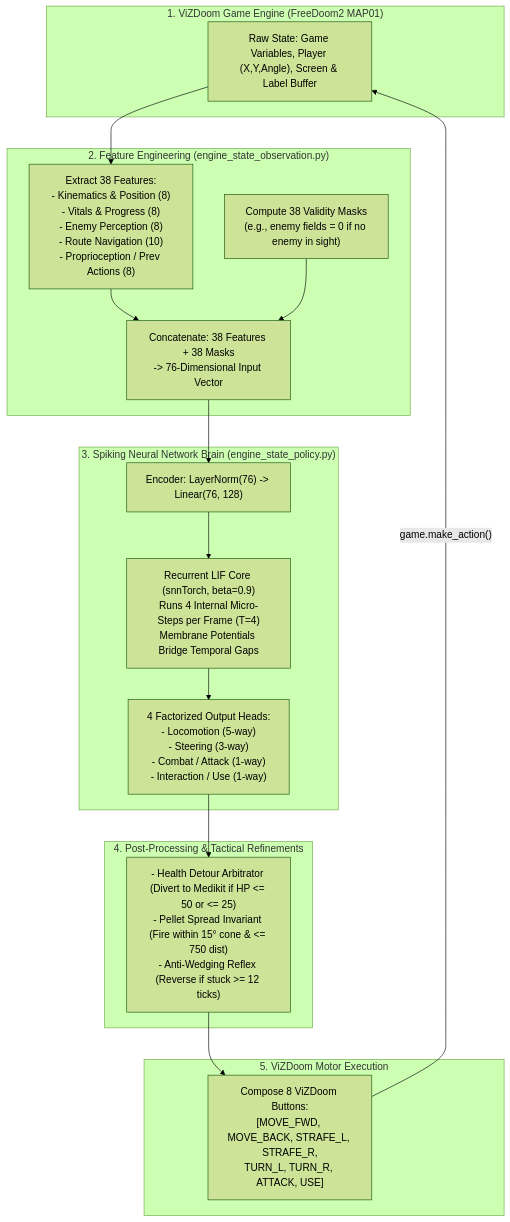
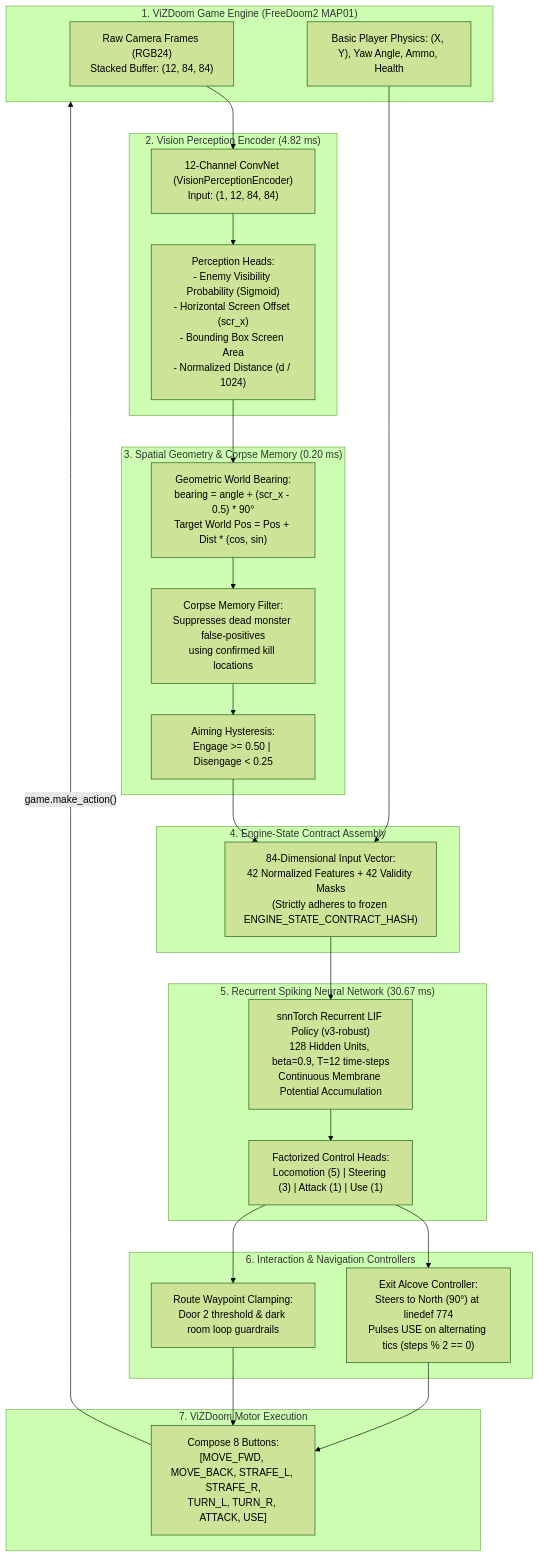
The diagram in README.md (Aravinda-04/DOOM-SNN-Project), drawn with Mermaid (forest theme) before and after one commit. The commit also changed other lines of this file, not shown here.

Commit message:
docs: update README with vision bridge architecture, benchmarks, and FPS analysis

````diff
--- a/README.md
+++ b/README.md
@@ -208,36 +71,51 @@
 ```mermaid
 flowchart TD
     subgraph ViZDoom ["1. ViZDoom Game Engine (FreeDoom2 MAP01)"]
-        RawState["Raw State: Game Variables, Player (X,Y,Angle), Screen & Label Buffer"]
+        RawPixels["Raw Camera Frames (RGB24)\nStacked Buffer: (12, 84, 84)"]
+        Telemetry["Basic Player Physics: (X, Y), Yaw Angle, Ammo, Health"]
     end
 
-    subgraph FeatureEngineering ["2. Feature Engineering (engine_state_observation.py)"]
-        Extract["Extract 38 Features:\n- Kinematics & Position (8)\n- Vitals & Progress (8)\n- Enemy Perception (8)\n- Route Navigation (10)\n- Proprioception / Prev Actions (8)"]
-        Mask["Compute 38 Validity Masks\n(e.g., enemy fields = 0 if no enemy in sight)"]
-        Concat["Concatenate: 38 Features + 38 Masks\n-> 76-Dimensional Input Vector"]
+    subgraph VisionEncoder ["2. Vision Perception Encoder (4.82 ms)"]
+        CNN["12-Channel ConvNet (VisionPerceptionEncoder)\nInput: (1, 12, 84, 84)"]
+        Heads["Perception Heads:\n- Enemy Visibility Probability (Sigmoid)\n- Horizontal Screen Offset (scr_x)\n- Bounding Box Screen Area\n- Normalized Distance (d / 1024)"]
     end
 
-    subgraph SNNBrain ["3. Spiking Neural Network Brain (engine_state_policy.py)"]
-        Enc["Encoder: LayerNorm(76) -> Linear(76, 128)"]
-        LIF["Recurrent LIF Core (snnTorch, beta=0.9)\nRuns 4 Internal Micro-Steps per Frame (T=4)\nMembrane Potentials Bridge Temporal Gaps"]
-        Heads["4 Factorized Output Heads:\n- Locomotion (5-way)\n- Steering (3-way)\n- Combat / Attack (1-way)\n- Interaction / Use (1-way)"]
+    subgraph SpatialGeometry ["3. Spatial Geometry & Corpse Memory (0.20 ms)"]
+        Geom["Geometric World Bearing:\nbearing = angle + (scr_x - 0.5) * 90°\nTarget World Pos = Pos + Dist * (cos, sin)"]
+        Corpse["Corpse Memory Filter:\nSuppresses dead monster false-positives\nusing confirmed kill locations"]
+        Hysteresis["Aiming Hysteresis:\nEngage >= 0.50 | Disengage < 0.25"]
     end
 
-    subgraph TacticalArbitration ["4. Post-Processing & Tactical Refinements"]
-        Tactics["- Health Detour Arbitrator (Divert to Medikit if HP <= 50 or <= 25)\n- Pellet Spread Invariant (Fire within 15° cone & <= 750 dist)\n- Anti-Wedging Reflex (Reverse if stuck >= 12 ticks)"]
+    subgraph FeatureContract ["4. Engine-State Contract Assembly"]
+        Vector["84-Dimensional Input Vector:\n42 Normalized Features + 42 Validity Masks\n(Strictly adheres to frozen ENGINE_STATE_CONTRACT_HASH)"]
     end
 
-    subgraph MotorExecution ["5. ViZDoom Motor Execution"]
-        Buttons["Compose 8 ViZDoom Buttons:\n[MOVE_FWD, MOVE_BACK, STRAFE_L, STRAFE_R,\nTURN_L, TURN_R, ATTACK, USE]"]
+    subgraph SNNBrain ["5. Recurrent Spiking Neural Network (30.67 ms)"]
+        LIF["snnTorch Recurrent LIF Policy (v3-robust)\n128 Hidden Units, beta=0.9, T=12 time-steps\nContinuous Membrane Potential Accumulation"]
+        Actions["Factorized Control Heads:\nLocomotion (5) | Steering (3) | Attack (1) | Use (1)"]
     end
 
-    RawState --> Extract
-    Extract --> Concat
-    Mask --> Concat
-    Concat --> Enc
-    Enc --> LIF
-    LIF --> Heads
-    Heads --> Tactics
-    Tactics --> Buttons
-    Buttons -->|"game.make_action()"| RawState
+    subgraph Controllers ["6. Interaction & Navigation Controllers"]
+        Alcove["Exit Alcove Controller:\nSteers to North (90°) at linedef 774\nPulses USE on alternating tics (steps % 2 == 0)"]
+        Nav["Route Waypoint Clamping:\nDoor 2 threshold & dark room loop guardrails"]
+    end
+
+    subgraph MotorExecution ["7. ViZDoom Motor Execution"]
+        Buttons["Compose 8 Buttons:\n[MOVE_FWD, MOVE_BACK, STRAFE_L, STRAFE_R,\nTURN_L, TURN_R, ATTACK, USE]"]
+    end
+
+    RawPixels --> CNN
+    CNN --> Heads
+    Heads --> Geom
+    Geom --> Corpse
+    Corpse --> Hysteresis
+    Hysteresis --> Vector
+    Telemetry --> Vector
+    Vector --> LIF
+    LIF --> Actions
+    Actions --> Alcove
+    Actions --> Nav
+    Alcove --> Buttons
+    Nav --> Buttons
+    Buttons -->|"game.make_action()"| ViZDoom
 ```
````
